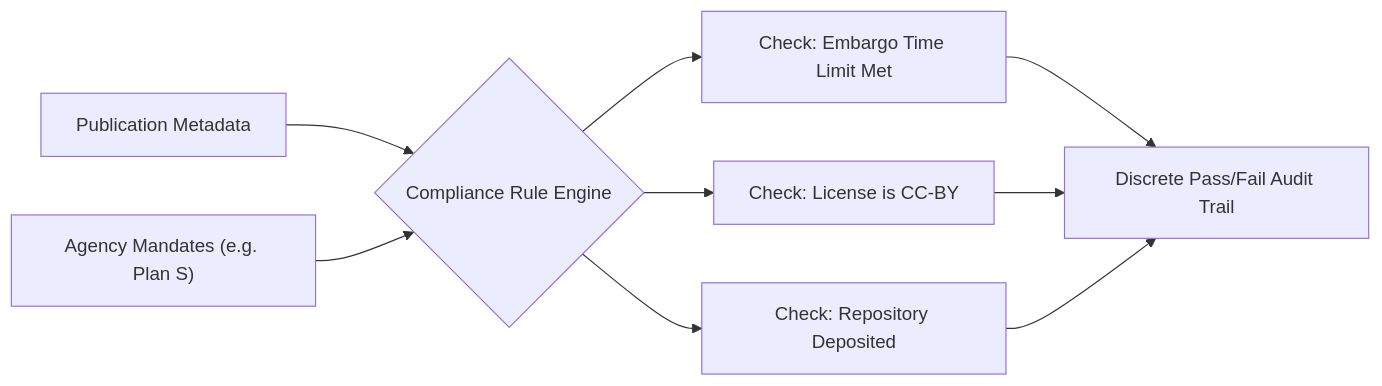
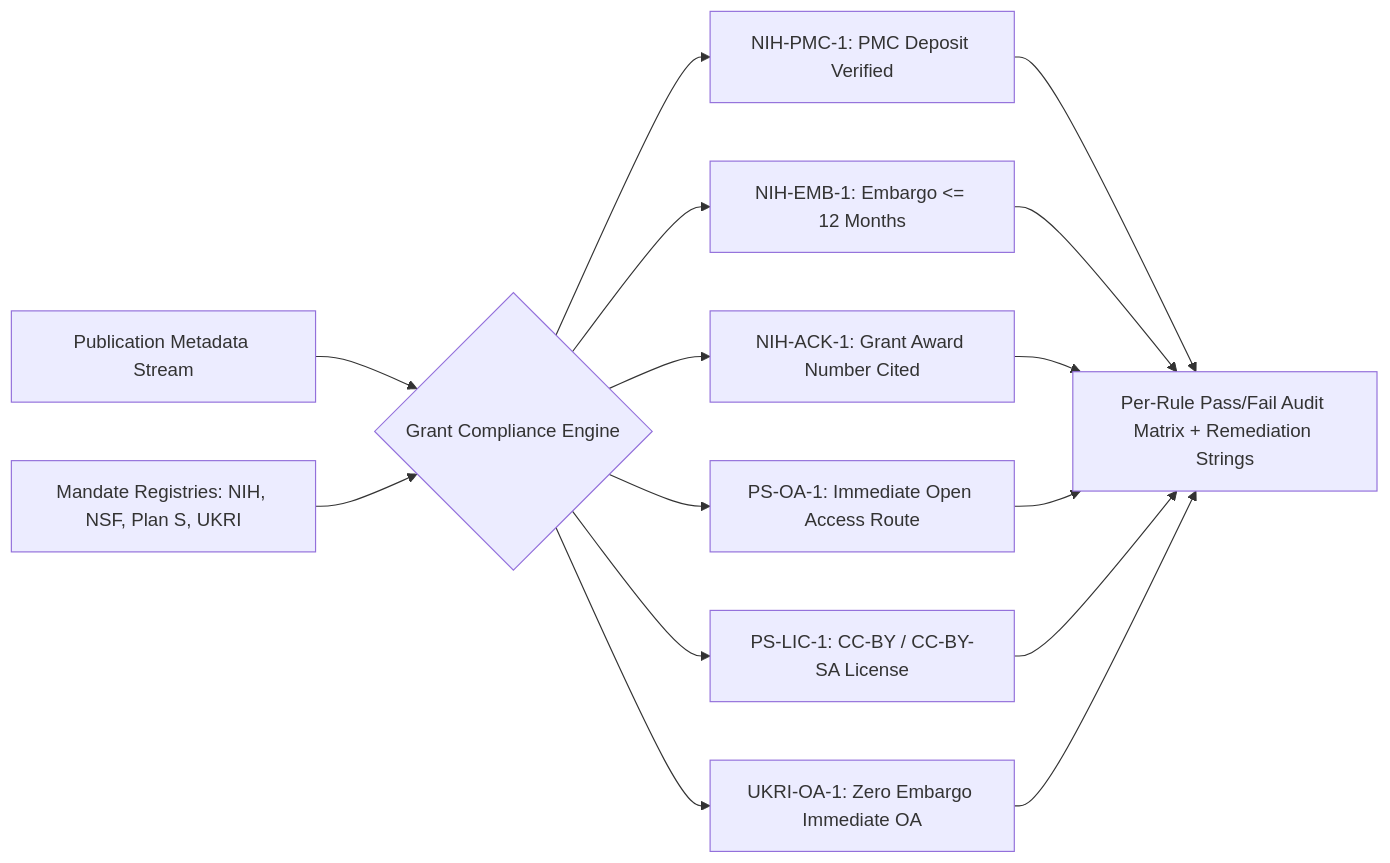
One commit to Panchadip-128/Copyrights-Patents changed the third of 3 diagrams in aricca_x/README.md. Above: the diagram before and after it, drawn with Mermaid. The commit also changed other lines of this file and 77 other files, not shown here.

````diff
--- a/aricca_x/README.md
+++ b/aricca_x/README.md
@@ -149,11 +215,14 @@
 ```mermaid
 graph LR
-    Pub["Publication Metadata"] --> Engine{"Compliance Rule Engine"}
-    Mandate["Agency Mandates (e.g. Plan S)"] --> Engine
+    Pub["Publication Metadata Stream"] --> Engine{"Grant Compliance Engine"}
+    Funders["Mandate Registries: NIH, NSF, Plan S, UKRI"] --> Engine
     
-    Engine --> Check1["Check: Embargo Time Limit Met"]
-    Engine --> Check2["Check: License is CC-BY"]
-    Engine --> Check3["Check: Repository Deposited"]
+    Engine --> R1["NIH-PMC-1: PMC Deposit Verified"]
+    Engine --> R2["NIH-EMB-1: Embargo <= 12 Months"]
+    Engine --> R3["NIH-ACK-1: Grant Award Number Cited"]
+    Engine --> R4["PS-OA-1: Immediate Open Access Route"]
+    Engine --> R5["PS-LIC-1: CC-BY / CC-BY-SA License"]
+    Engine --> R6["UKRI-OA-1: Zero Embargo Immediate OA"]
     
-    Check1 & Check2 & Check3 --> Output["Discrete Pass/Fail Audit Trail"]
+    R1 & R2 & R3 & R4 & R5 & R6 --> Out["Per-Rule Pass/Fail Audit Matrix + Remediation Strings"]
 ```
````
